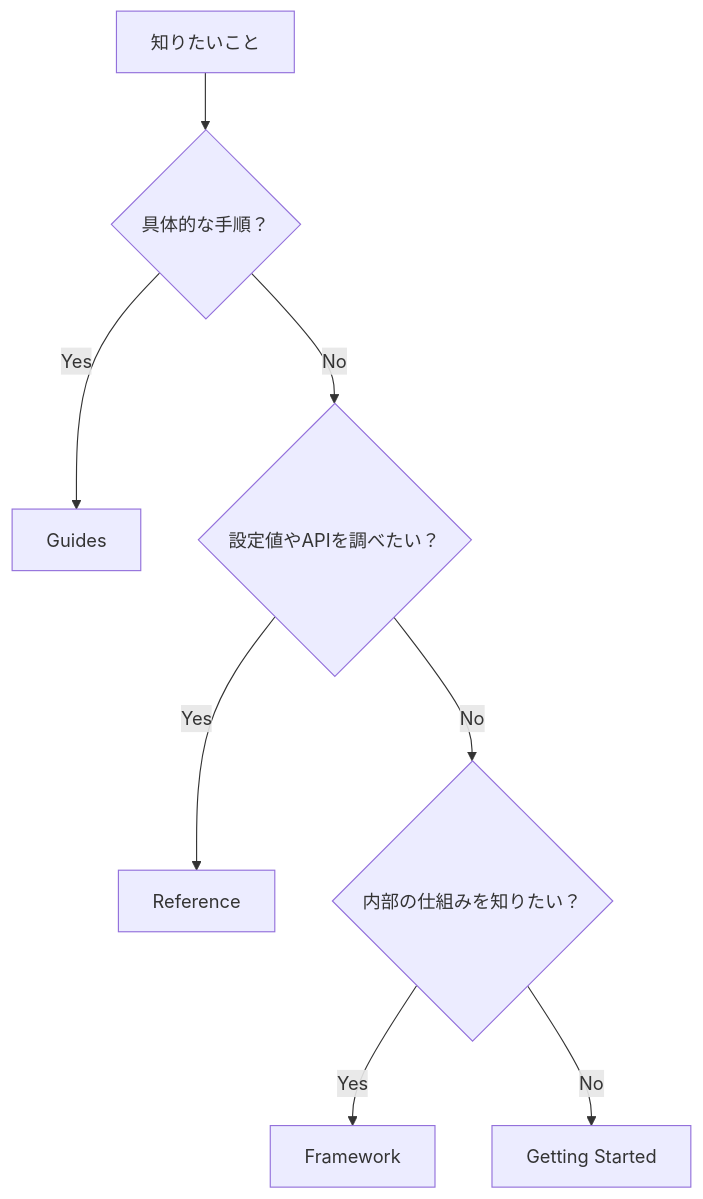
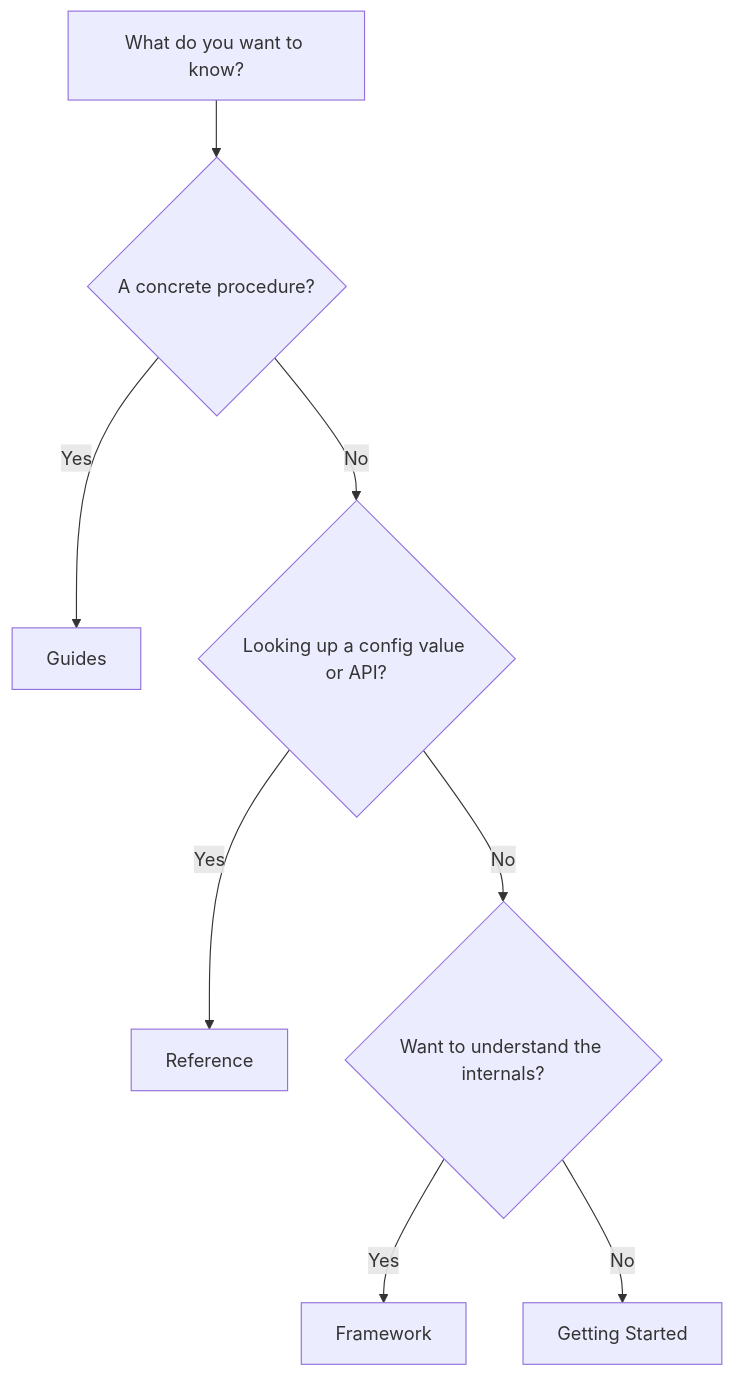
Before and after one commit to Rerurate514/riebeckite: the fourth of 4 diagrams in docs/docs/reference/README.md, drawn with Mermaid. The commit also changed other lines of this file and 604 other files, not shown here.

````diff
--- a/docs/docs/reference/README.md
+++ b/docs/docs/reference/README.md
@@ -289,14 +267,14 @@
-```mermaid id="q2v3n8"
+```mermaid
 flowchart TD
-    Start["知りたいこと"]
+    Start["What do you want to know?"]
 
-    Start --> Use{"具体的な手順？"}
+    Start --> Use{"A concrete procedure?"}
     Use -->|Yes| Guides["Guides"]
-    Use -->|No| API{"設定値やAPIを調べたい？"}
+    Use -->|No| API{"Looking up a config value or API?"}
 
     API -->|Yes| Reference["Reference"]
-    API -->|No| Internal{"内部の仕組みを知りたい？"}
+    API -->|No| Internal{"Want to understand the internals?"}
 
     Internal -->|Yes| Framework["Framework"]
     Internal -->|No| GettingStarted["Getting Started"]
 ```
````
